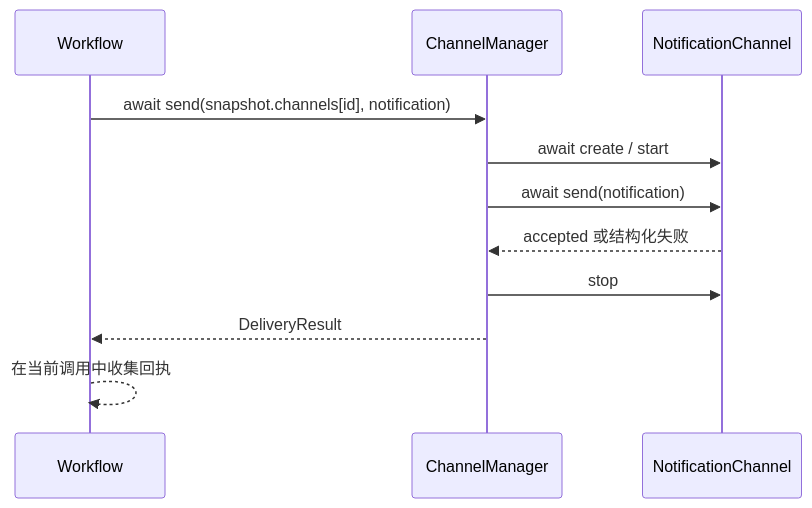
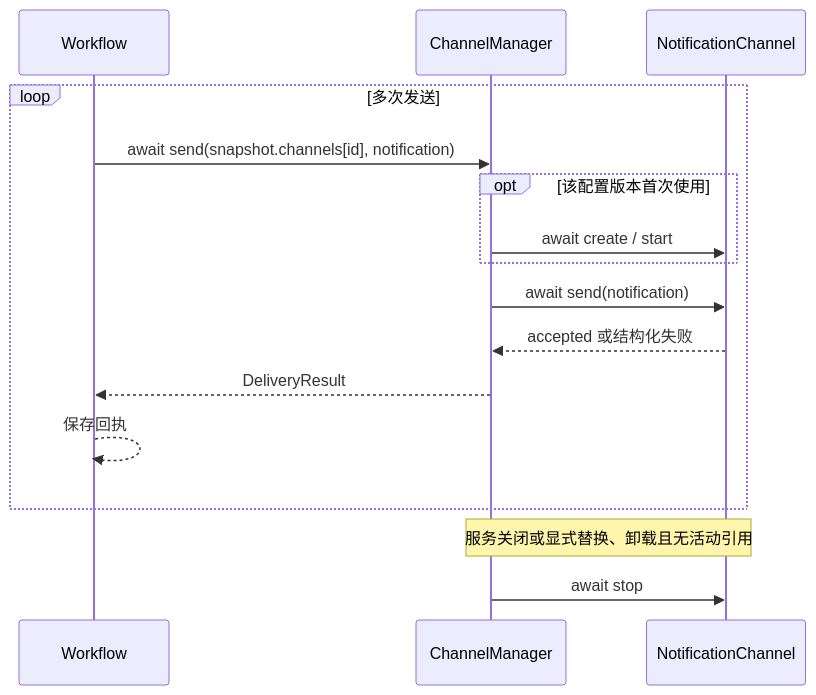
The diagram in openspec/changes/configurable-collection-analysis-workflow/modules/channel/design.md (striiiiiing/WorkFLowWeave), drawn with Mermaid before and after one commit. The commit also changed other lines of this file and 19 other files, not shown here.

````diff
--- a/openspec/changes/configurable-collection-analysis-workflow/modules/channel/design.md
+++ b/openspec/changes/configurable-collection-analysis-workflow/modules/channel/design.md
@@ -32,13 +36,18 @@
 ```mermaid
 sequenceDiagram
     participant W as Workflow
     participant M as ChannelManager
     participant P as NotificationChannel
-    W->>M: await send(snapshot.channels[id], notification)
-    M->>P: await create / start
-    M->>P: await send(notification)
-    P-->>M: accepted 或结构化失败
-    M->>P: stop
-    M-->>W: DeliveryResult
-    W-->>W: 在当前调用中收集回执
+    loop 多次发送
+        W->>M: await send(snapshot.channels[id], notification)
+        opt 该配置版本首次使用
+            M->>P: await create / start
+        end
+        M->>P: await send(notification)
+        P-->>M: accepted 或结构化失败
+        M-->>W: DeliveryResult
+        W-->>W: 保存回执
+    end
+    Note over M,P: 服务关闭或显式替换、卸载且无活动引用
+    M->>P: await stop
 ```
````
